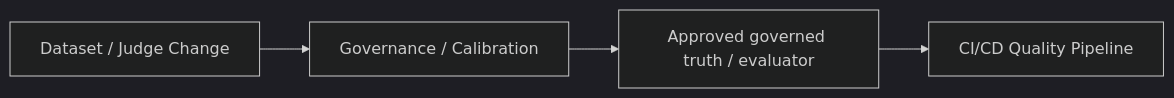
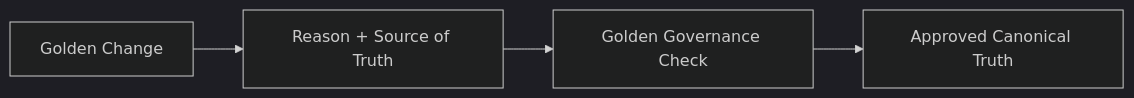
Before and after one commit to oleksandrserhieiev-beep/ai-qe-lab: the sixth of 8 diagrams in docs/master_architecture.md, drawn with Mermaid (dark theme). The commit also changed other lines of this file, not shown here.

Commit message:
docs: align master architecture with focused pipeline documents

````diff
--- a/docs/master_architecture.md
+++ b/docs/master_architecture.md
@@ -130,6 +125,6 @@
 ```mermaid
 flowchart LR
-    CHANGE["Dataset / Judge Change"] --> CHECK["Governance / Calibration"]
-    CHECK --> APPROVE["Approved governed truth / evaluator"]
-    APPROVE --> CI["CI/CD Quality Pipeline"]
+    CHANGE["Golden Change"] --> META["Reason + Source of Truth"]
+    META --> CHECK["Golden Governance Check"]
+    CHECK --> TRUTH["Approved Canonical Truth"]
 ```
````
